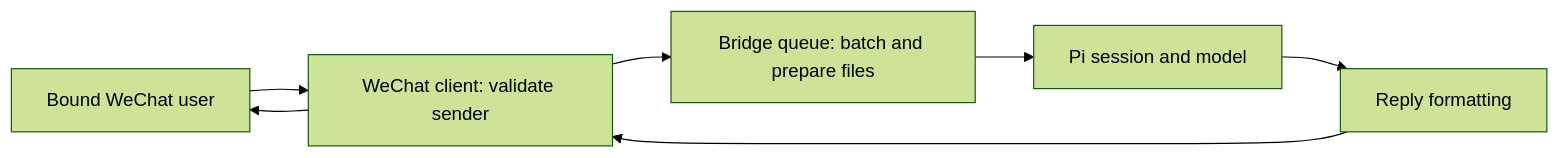
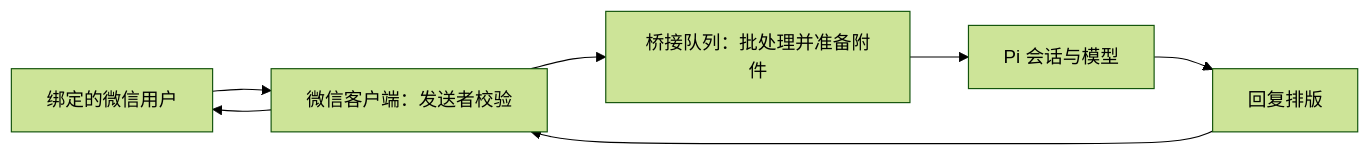
The diagram in docs/architecture.md (shenjiecode/pi-wechat-assistant), drawn with Mermaid (forest theme) before and after one commit. The commit also changed other lines of this file and 28 other files, not shown here.

````diff
--- a/docs/architecture.md
+++ b/docs/architecture.md
@@ -57,9 +55,9 @@
 ```mermaid
 flowchart LR
-  W[Bound WeChat user] --> C[WeChat client: validate sender]
-  C --> Q[Bridge queue: batch and prepare files]
-  Q --> P[Pi session and model]
-  P --> F[Reply formatting]
+  W[绑定的微信用户] --> C[微信客户端：发送者校验]
+  C --> Q[桥接队列：批处理并准备附件]
+  Q --> P[Pi 会话与模型]
+  P --> F[回复排版]
   F --> C
   C --> W
 ```
````
